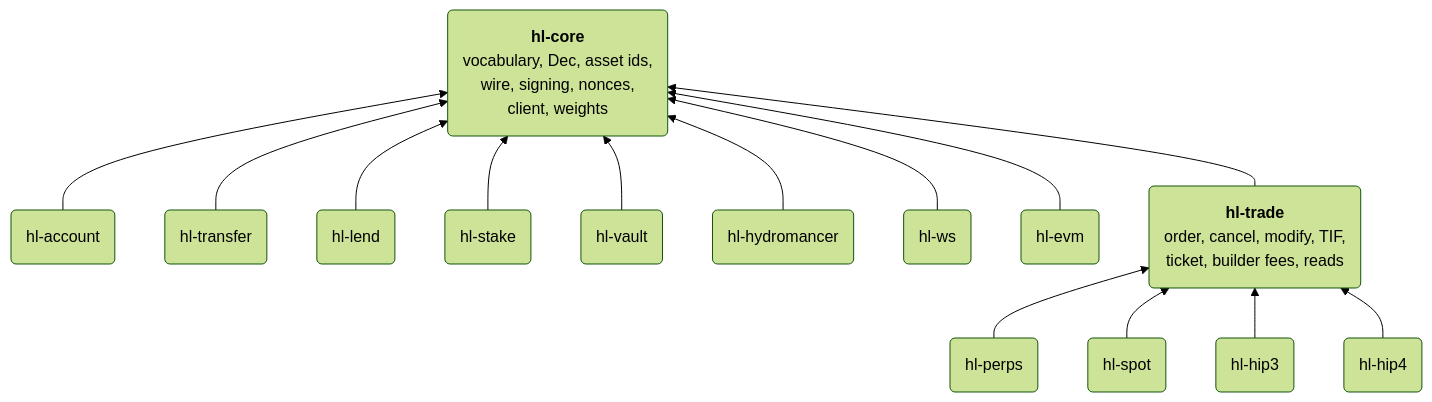
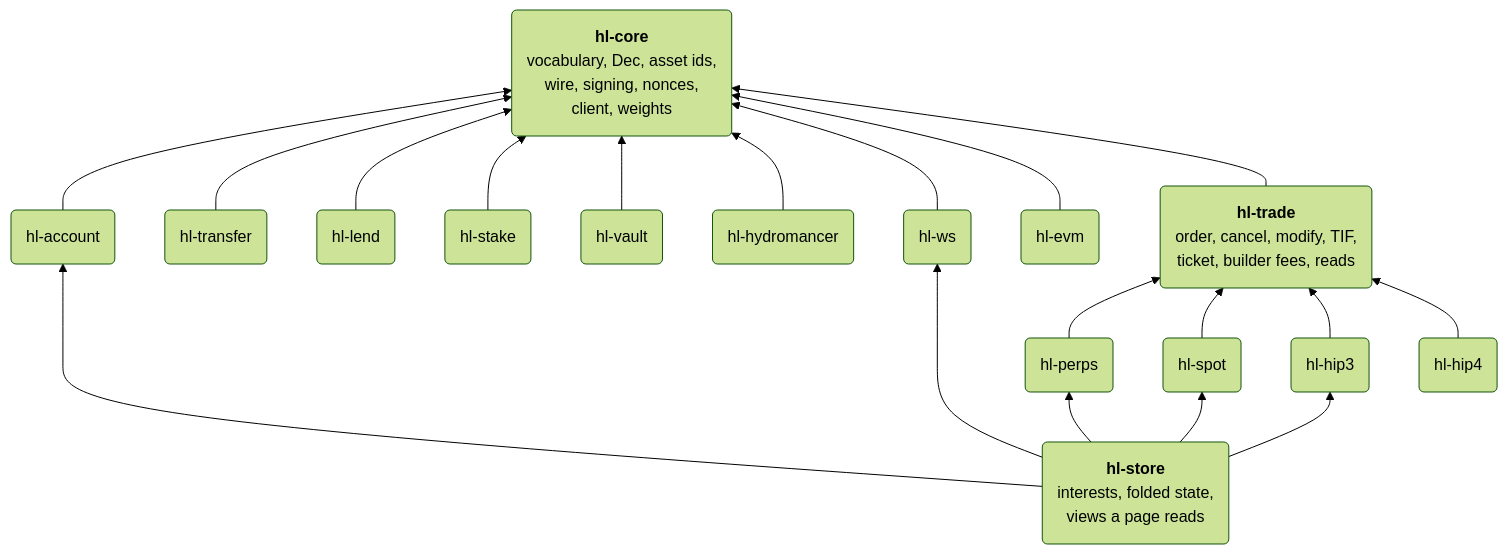
The diagram in README.md (dennisfurrer/df-hyperliquid-core), drawn with Mermaid (forest theme) before and after one commit. The commit also changed other lines of this file and 16 other files, not shown here.

````diff
--- a/README.md
+++ b/README.md
@@ -5,20 +5,26 @@
 ```mermaid
 flowchart BT
   CORE("<b>hl-core</b><br/>vocabulary, Dec, asset ids,<br/>wire, signing, nonces,<br/>client, weights")
   TRADE("<b>hl-trade</b><br/>order, cancel, modify, TIF,<br/>ticket, builder fees, reads")
 
   ACCOUNT("hl-account") --> CORE
   TRANSFER("hl-transfer") --> CORE
   LEND("hl-lend") --> CORE
   STAKE("hl-stake") --> CORE
   VAULT("hl-vault") --> CORE
   HYDRO("hl-hydromancer") --> CORE
   WS("hl-ws") --> CORE
   EVM("hl-evm") --> CORE
   TRADE --> CORE
 
   PERPS("hl-perps") --> TRADE
   SPOT("hl-spot") --> TRADE
   HIP3("hl-hip3") --> TRADE
   HIP4("hl-hip4") --> TRADE
+
+  STORE("<b>hl-store</b><br/>interests, folded state,<br/>views a page reads") --> WS
+  STORE --> ACCOUNT
+  STORE --> PERPS
+  STORE --> SPOT
+  STORE --> HIP3
 ```
````
